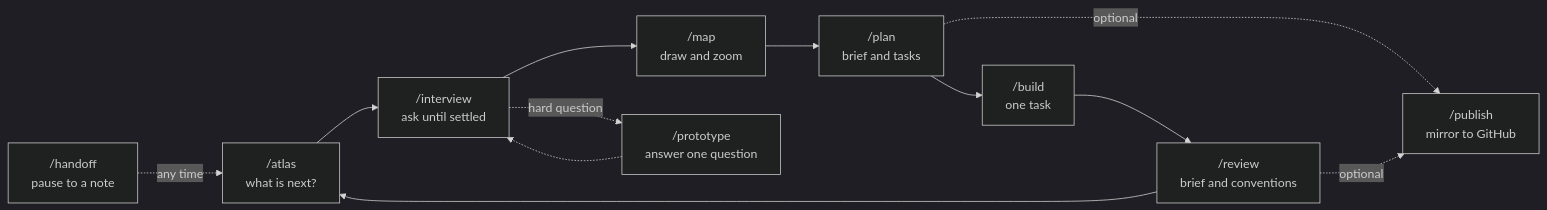
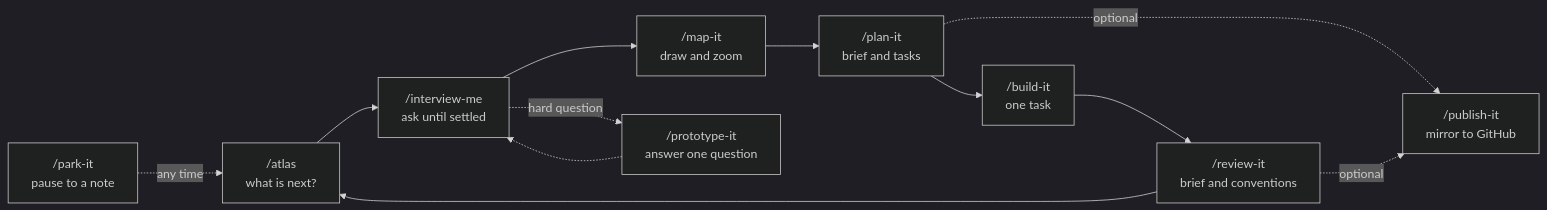
Before and after one commit to somethingdarkside1/atlas-skills: the first of 2 diagrams in README.md, drawn with Mermaid (dark theme). The commit also changed other lines of this file and 6 other files, not shown here.

````diff
--- a/README.md
+++ b/README.md
@@ -37,18 +57,18 @@
 ```mermaid
 flowchart LR
   atlas["/atlas<br/>what is next?"]
-  interview["/interview<br/>ask until settled"]
-  map["/map<br/>draw and zoom"]
-  plan["/plan<br/>brief and tasks"]
-  build["/build<br/>one task"]
-  review["/review<br/>brief and conventions"]
-  prototype["/prototype<br/>answer one question"]
-  handoff["/handoff<br/>pause to a note"]
-  publish["/publish<br/>mirror to GitHub"]
+  interview["/interview-me<br/>ask until settled"]
+  map["/map-it<br/>draw and zoom"]
+  plan["/plan-it<br/>brief and tasks"]
+  build["/build-it<br/>one task"]
+  review["/review-it<br/>brief and conventions"]
+  prototype["/prototype-it<br/>answer one question"]
+  handoff["/park-it<br/>pause to a note"]
+  publish["/publish-it<br/>mirror to GitHub"]
 
   atlas --> interview --> map --> plan --> build --> review --> atlas
   interview -. hard question .-> prototype -.-> interview
   plan -. optional .-> publish
   review -. optional .-> publish
   handoff -. any time .-> atlas
 ```
````
